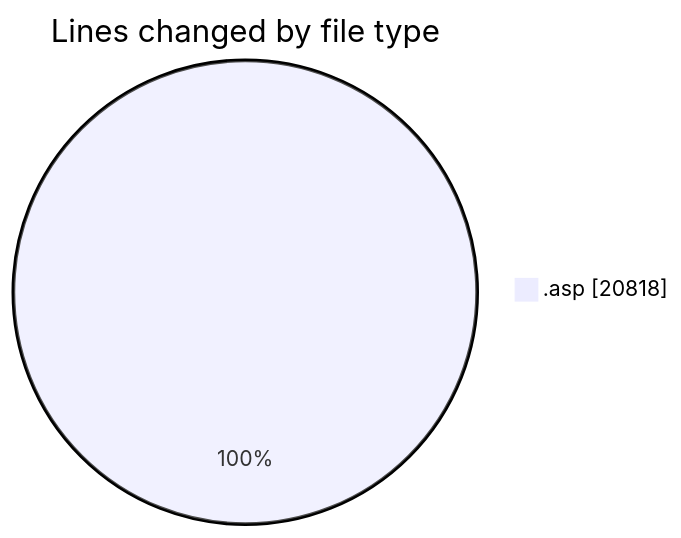
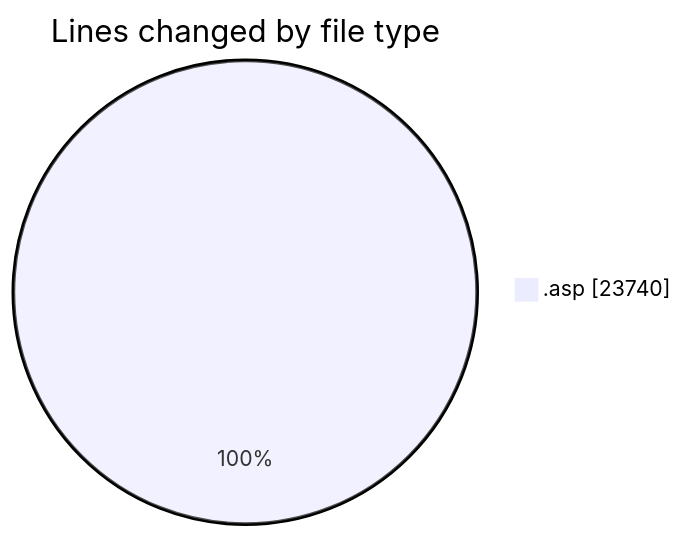
One commit to julien-gomy/code-tracking changed the first of 2 diagrams in 2025-11-14/cdp_aleoudev_fr__workspace_/README.md. Above: the diagram before and after it, drawn with Mermaid. The commit also changed other lines of this file and 1 other file, not shown here.

````diff
--- a/2025-11-14/cdp_aleoudev_fr__workspace_/README.md
+++ b/2025-11-14/cdp_aleoudev_fr__workspace_/README.md
@@ -37,5 +38,5 @@
 ```mermaid
 pie showData
 title Lines changed by file type
-".asp" : 20818
+".asp" : 23740
 ```
````
